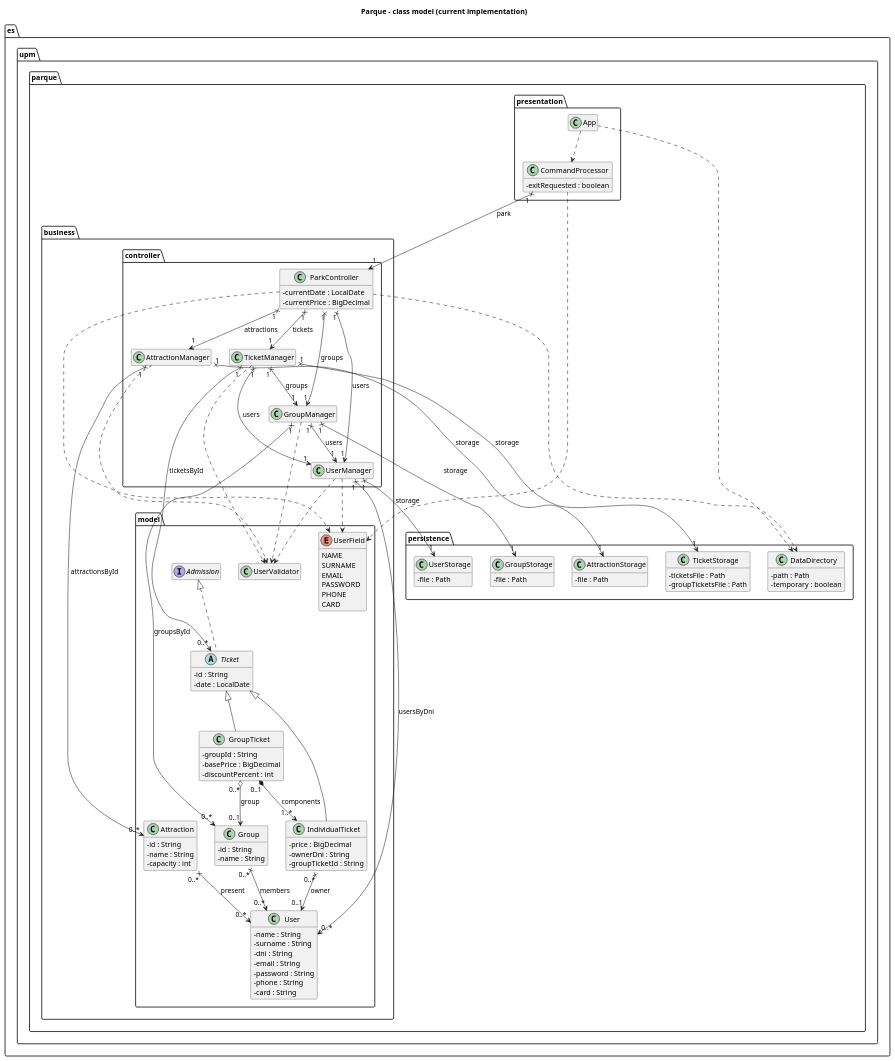
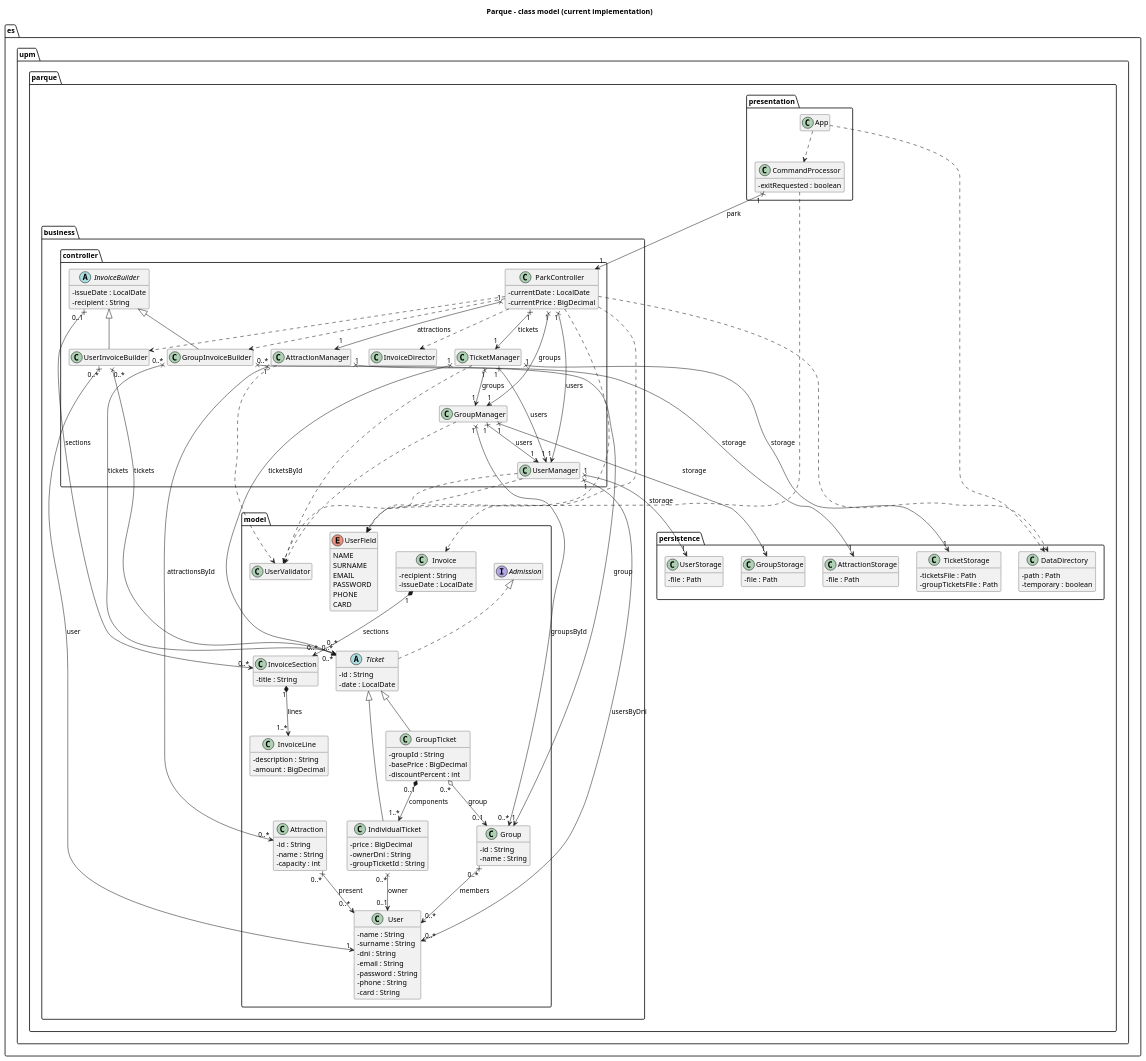
The diagram in uml/model.puml (skai-upm/caise27), drawn with PlantUML before and after one commit. The commit also changed 21 other files, not shown here.

First line of the commit message:
botl: [0012] 12.F3 - Invoice generation using Builder.md (botl-0012-f3-invoice-generation-using-builder)

```diff
--- a/uml/model.puml
+++ b/uml/model.puml
@@ -1,156 +1,194 @@
 @startuml model
 title Parque - class model (current implementation)
 
 skinparam classAttributeIconSize 0
 hide empty members
 
 package es.upm.parque.presentation {
 
   class App
 
   class CommandProcessor {
     - exitRequested : boolean
   }
 }
 
 package es.upm.parque.business.controller {
 
   class ParkController {
     - currentDate : LocalDate
     - currentPrice : BigDecimal
   }
 
   class UserManager
   class GroupManager
   class TicketManager
   class AttractionManager
+
+  abstract class InvoiceBuilder {
+    - issueDate : LocalDate
+    - recipient : String
+  }
+
+  class UserInvoiceBuilder
+  class GroupInvoiceBuilder
+  class InvoiceDirector
 }
 
 package es.upm.parque.business.model {
 
   class User {
     - name : String
     - surname : String
     - dni : String
     - email : String
     - password : String
     - phone : String
     - card : String
   }
 
   enum UserField {
     NAME
     SURNAME
     EMAIL
     PASSWORD
     PHONE
     CARD
   }
 
   class UserValidator
 
   class Group {
     - id : String
     - name : String
   }
 
   interface Admission
 
   abstract class Ticket {
     - id : String
     - date : LocalDate
   }
 
   class IndividualTicket {
     - price : BigDecimal
     - ownerDni : String
     - groupTicketId : String
   }
 
   class GroupTicket {
     - groupId : String
     - basePrice : BigDecimal
     - discountPercent : int
   }
 
   class Attraction {
     - id : String
     - name : String
     - capacity : int
+  }
+
+  class Invoice {
+    - recipient : String
+    - issueDate : LocalDate
+  }
+
+  class InvoiceSection {
+    - title : String
+  }
+
+  class InvoiceLine {
+    - description : String
+    - amount : BigDecimal
   }
 }
 
 package es.upm.parque.persistence {
 
   class DataDirectory {
     - path : Path
     - temporary : boolean
   }
 
   class UserStorage {
     - file : Path
   }
 
   class GroupStorage {
     - file : Path
   }
 
   class TicketStorage {
     - ticketsFile : Path
     - groupTicketsFile : Path
   }
 
   class AttractionStorage {
     - file : Path
   }
 }
 
 ' Presentation -> business
 CommandProcessor "1" x--> "1" ParkController : park
 
 ' Controller
 ParkController "1" x--> "1" UserManager : users
 ParkController "1" x--> "1" GroupManager : groups
 ParkController "1" x--> "1" TicketManager : tickets
 ParkController "1" x--> "1" AttractionManager : attractions
 
 ' Users
 UserManager "1" x--> "1" UserStorage : storage
 UserManager "1" x--> "0..*" User : usersByDni
 
 ' Groups
 GroupManager "1" x--> "1" UserManager : users
 GroupManager "1" x--> "1" GroupStorage : storage
 GroupManager "1" x--> "0..*" Group : groupsById
 Group "0..*" x--> "0..*" User : members
 
 ' Tickets
 Admission <|.. Ticket
 Ticket <|-- IndividualTicket
 Ticket <|-- GroupTicket
 TicketManager "1" x--> "1" UserManager : users
 TicketManager "1" x--> "1" GroupManager : groups
 TicketManager "1" x--> "1" TicketStorage : storage
 TicketManager "1" x--> "0..*" Ticket : ticketsById
 IndividualTicket "0..*" x--> "0..1" User : owner
 GroupTicket "0..*" o--> "0..1" Group : group
 GroupTicket "0..1" *--> "1..*" IndividualTicket : components
 
 ' Attractions
 AttractionManager "1" x--> "1" AttractionStorage : storage
 AttractionManager "1" x--> "0..*" Attraction : attractionsById
 Attraction "0..*" x--> "0..*" User : present
 
+'' Invoices (Builder)
+InvoiceBuilder <|-- UserInvoiceBuilder
+InvoiceBuilder <|-- GroupInvoiceBuilder
+InvoiceBuilder "0..1" x--> "0..*" InvoiceSection : sections
+UserInvoiceBuilder "0..*" x--> "1" User : user
+UserInvoiceBuilder "0..*" x--> "0..*" Ticket : tickets
+GroupInvoiceBuilder "0..*" x--> "1" Group : group
+GroupInvoiceBuilder "0..*" x--> "0..*" Ticket : tickets
+Invoice "1" *--> "0..*" InvoiceSection : sections
+InvoiceSection "1" *--> "1..*" InvoiceLine : lines
+
 ' Usage of types without incoming relationships
 App ..> CommandProcessor
 App ..> DataDirectory
 ParkController ..> DataDirectory
+ParkController ..> InvoiceDirector
+ParkController ..> UserInvoiceBuilder
+ParkController ..> GroupInvoiceBuilder
+ParkController ..> Invoice
 CommandProcessor ..> UserField
 ParkController ..> UserField
 UserManager ..> UserField
 UserManager ..> UserValidator
 GroupManager ..> UserValidator
 TicketManager ..> UserValidator
 AttractionManager ..> UserValidator
 
 @enduml
```
